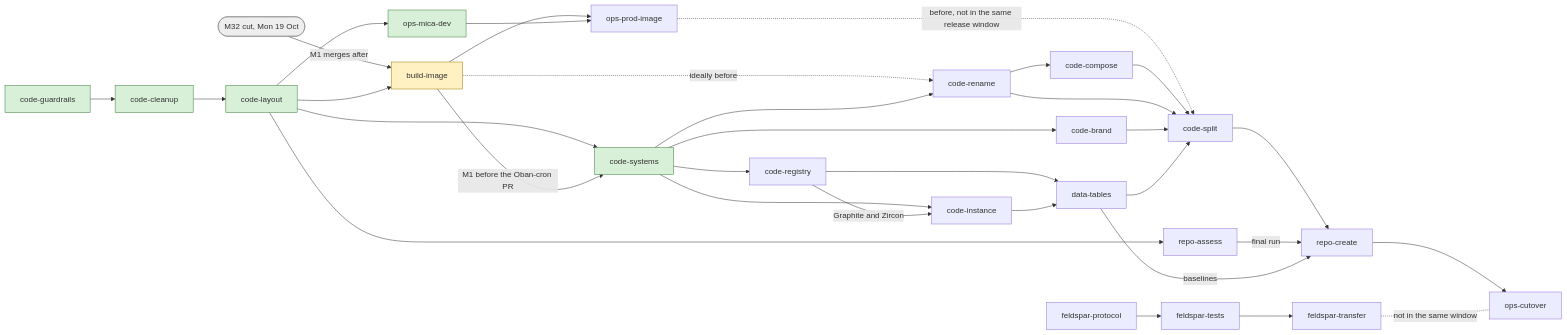
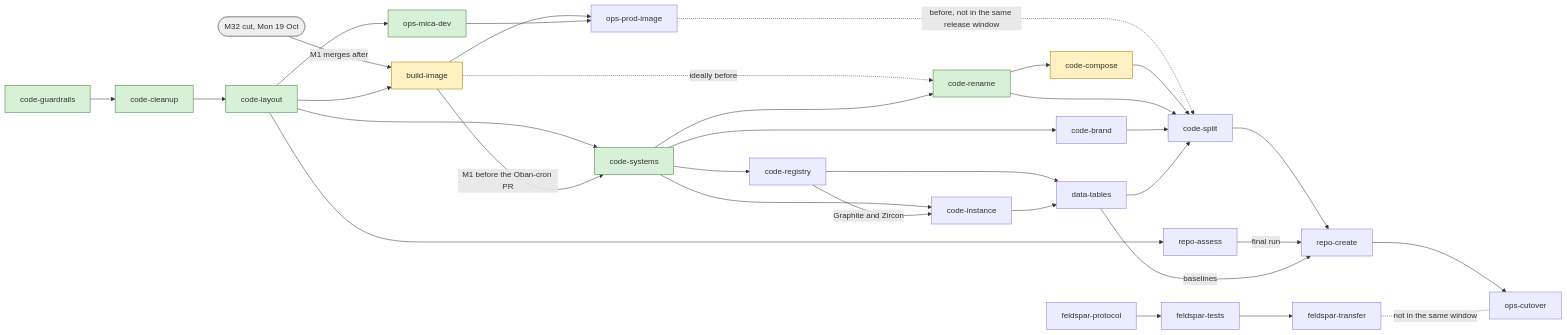
The diagram in docs/nova-migration/plan.md (eyra/mono), drawn with Mermaid before and after one commit. The commit also changed other lines of this file and 1 other file, not shown here.

Commit message:
[Nova] docs: Prism preset from the Mix dependency; plan status after code-rename

````diff
--- a/docs/nova-migration/plan.md
+++ b/docs/nova-migration/plan.md
@@ -54,41 +54,41 @@
 ```mermaid
 flowchart LR
   classDef done fill:#d8f0d8,stroke:#3a7d3a
   classDef next fill:#fff1c2,stroke:#a07800
   classDef milestone fill:#eeeeee,stroke:#888888
 
   code_guardrails[code-guardrails]:::done --> code_cleanup[code-cleanup]:::done --> code_layout[code-layout]:::done
 
   m32([M32 cut, Mon 19 Oct]):::milestone -->|M1 merges after| build_image
   code_layout --> build_image[build-image]:::next
   code_layout --> ops_mica_dev[ops-mica-dev]:::done
   code_layout --> code_systems[code-systems]:::done
   code_layout --> repo_assess[repo-assess]
 
   build_image -->|M1 before the Oban-cron PR| code_systems
   build_image -.->|ideally before| code_rename
   build_image --> ops_prod_image[ops-prod-image]
   ops_mica_dev --> ops_prod_image
   ops_prod_image -.->|before, not in the same release window| code_split
 
-  code_systems --> code_rename[code-rename]
+  code_systems --> code_rename[code-rename]:::done
   code_systems --> code_brand[code-brand]
   code_systems --> code_registry[code-registry]
   code_systems --> code_instance[code-instance]
   code_registry -->|Graphite and Zircon| code_instance
   code_registry --> data_tables[data-tables]
   code_instance --> data_tables
 
-  code_rename --> code_compose[code-compose]
+  code_rename --> code_compose[code-compose]:::next
   code_compose --> code_split[code-split]
   code_rename --> code_split
   code_brand --> code_split
   data_tables --> code_split
   code_split --> repo_create[repo-create]
   repo_assess -->|final run| repo_create
   data_tables -->|baselines| repo_create
   repo_create --> ops_cutover[ops-cutover]
 
   feldspar_protocol[feldspar-protocol] --> feldspar_tests[feldspar-tests] --> feldspar_transfer[feldspar-transfer]
   feldspar_transfer -.-|not in the same window| ops_cutover
 ```
````
